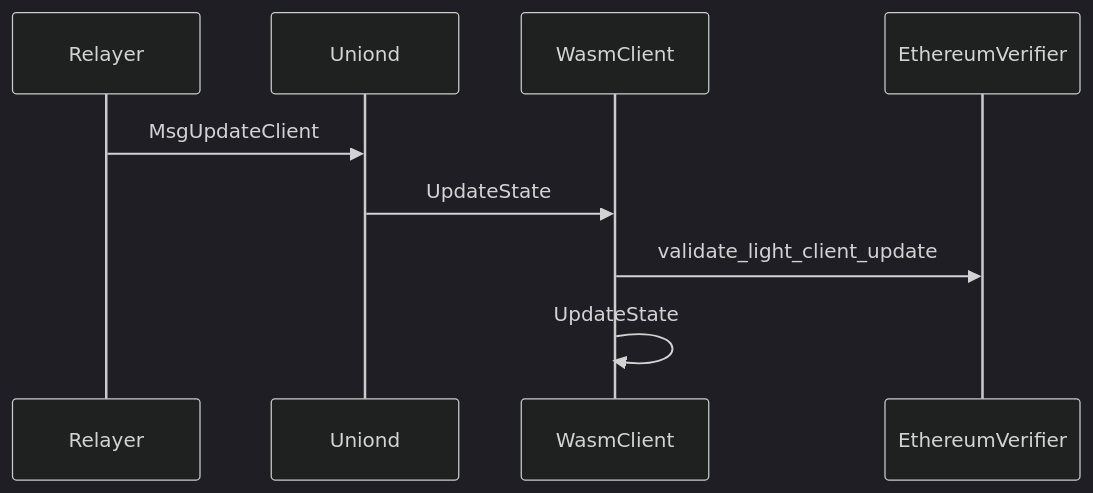
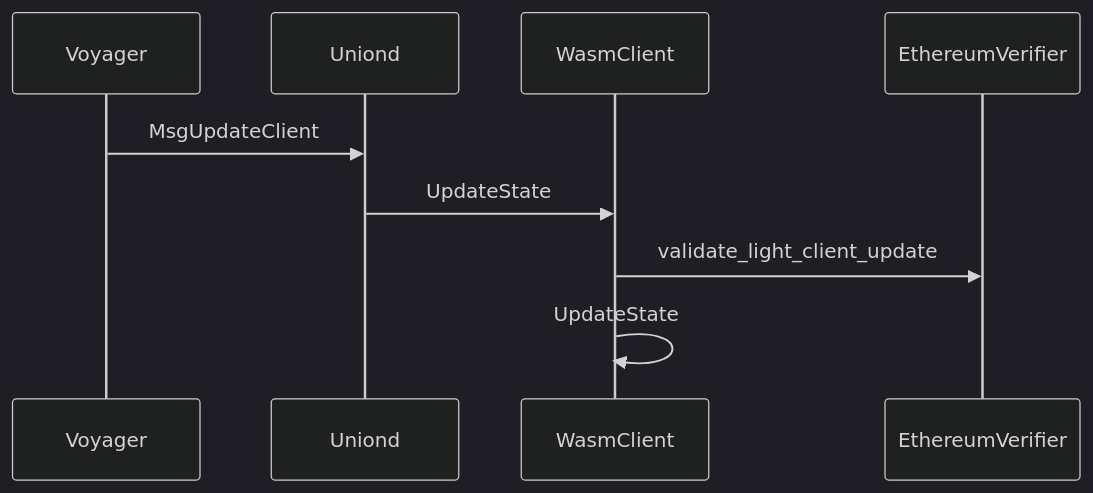
The first of 2 diagrams in light-clients/ethereum-light-client/ARCHITECTURE.md (unionlabs/union), drawn with Mermaid (dark theme) before and after one commit. The commit also changed other lines of this file and 24 other files, not shown here.

Commit message:
feat!: rename relayer to voyager

````diff
--- a/light-clients/ethereum-light-client/ARCHITECTURE.md
+++ b/light-clients/ethereum-light-client/ARCHITECTURE.md
@@ -18,7 +18,7 @@
 ```mermaid
 sequenceDiagram
-    Relayer->>Uniond: MsgUpdateClient
+    Voyager->>Uniond: MsgUpdateClient
     Uniond->>WasmClient: UpdateState
     WasmClient->>EthereumVerifier: validate_light_client_update
     WasmClient->>WasmClient: UpdateState
 ```
````
